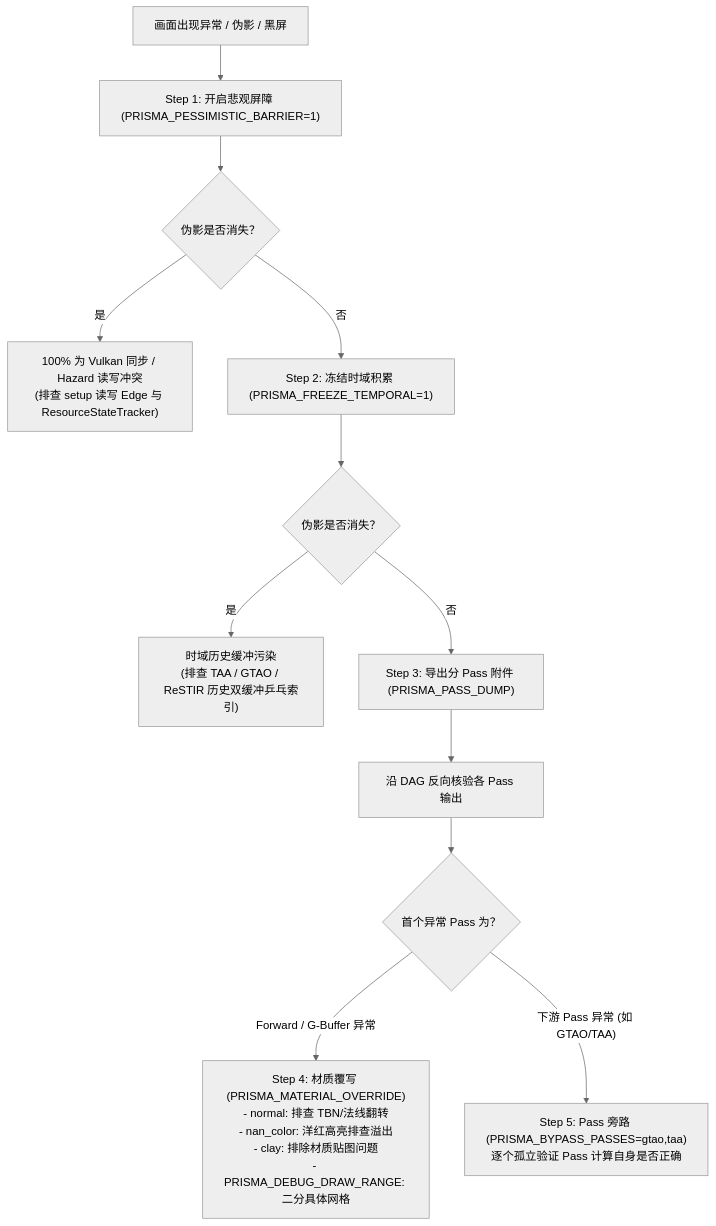
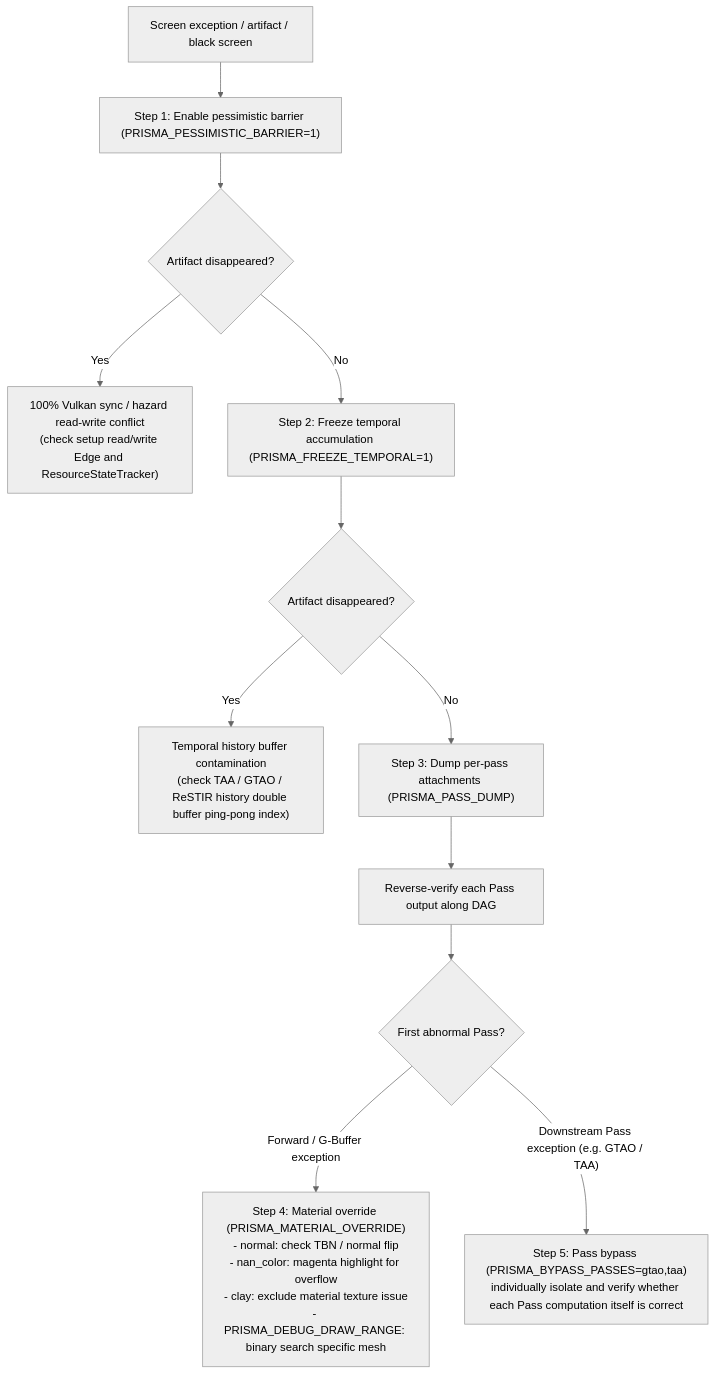
One commit to prisma-rust/prisma changed the diagram in docs/rendering-debug-isolation.md. Above: the diagram before and after it, drawn with Mermaid (neutral theme). The commit also changed other lines of this file and 109 other files, not shown here.

````diff
--- a/docs/rendering-debug-isolation.md
+++ b/docs/rendering-debug-isolation.md
@@ -11,14 +11,14 @@
 ```mermaid
 flowchart TD
-    A["画面出现异常 / 伪影 / 黑屏"] --> B["Step 1: 开启悲观屏障 (PRISMA_PESSIMISTIC_BARRIER=1)"]
-    B --> C{"伪影是否消失？"}
-    C -- "是" --> D["100% 为 Vulkan 同步 / Hazard 读写冲突<br>(排查 setup 读写 Edge 与 ResourceStateTracker)"]
-    C -- "否" --> E["Step 2: 冻结时域积累 (PRISMA_FREEZE_TEMPORAL=1)"]
-    E --> F{"伪影是否消失？"}
-    F -- "是" --> G["时域历史缓冲污染<br>(排查 TAA / GTAO / ReSTIR 历史双缓冲乒乓索引)"]
-    F -- "否" --> H["Step 3: 导出分 Pass 附件 (PRISMA_PASS_DUMP)"]
-    H --> I["沿 DAG 反向核验各 Pass 输出"]
-    I --> J{"首个异常 Pass 为？"}
-    J -- "Forward / G-Buffer 异常" --> K["Step 4: 材质覆写 (PRISMA_MATERIAL_OVERRIDE)<br>- normal: 排查 TBN/法线翻转<br>- nan_color: 洋红高亮排查溢出<br>- clay: 排除材质贴图问题<br>- PRISMA_DEBUG_DRAW_RANGE: 二分具体网格"]
-    J -- "下游 Pass 异常 (如 GTAO/TAA)" --> L["Step 5: Pass 旁路 (PRISMA_BYPASS_PASSES=gtao,taa)<br>逐个孤立验证 Pass 计算自身是否正确"]
+    A["Screen exception / artifact / black screen"] --> B["Step 1: Enable pessimistic barrier (PRISMA_PESSIMISTIC_BARRIER=1)"]
+    B --> C{"Artifact disappeared?"}
+    C -- "Yes" --> D["100% Vulkan sync / hazard read-write conflict<br>(check setup read/write Edge and ResourceStateTracker)"]
+    C -- "No" --> E["Step 2: Freeze temporal accumulation (PRISMA_FREEZE_TEMPORAL=1)"]
+    E --> F{"Artifact disappeared?"}
+    F -- "Yes" --> G["Temporal history buffer contamination<br>(check TAA / GTAO / ReSTIR history double buffer ping-pong index)"]
+    F -- "No" --> H["Step 3: Dump per-pass attachments (PRISMA_PASS_DUMP)"]
+    H --> I["Reverse-verify each Pass output along DAG"]
+    I --> J{"First abnormal Pass?"}
+    J -- "Forward / G-Buffer exception" --> K["Step 4: Material override (PRISMA_MATERIAL_OVERRIDE)<br>- normal: check TBN / normal flip<br>- nan_color: magenta highlight for overflow<br>- clay: exclude material texture issue<br>- PRISMA_DEBUG_DRAW_RANGE: binary search specific mesh"]
+    J -- "Downstream Pass exception (e.g. GTAO / TAA)" --> L["Step 5: Pass bypass (PRISMA_BYPASS_PASSES=gtao,taa)<br>individually isolate and verify whether each Pass computation itself is correct"]
 ```
````
